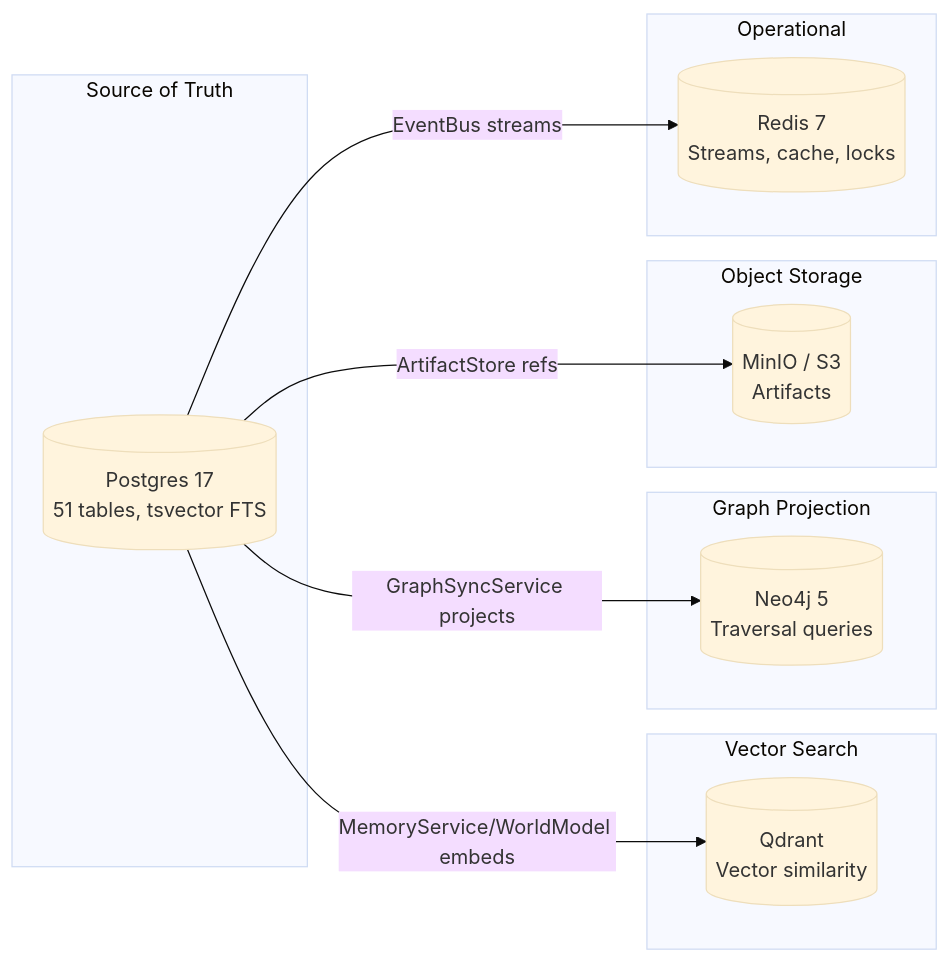
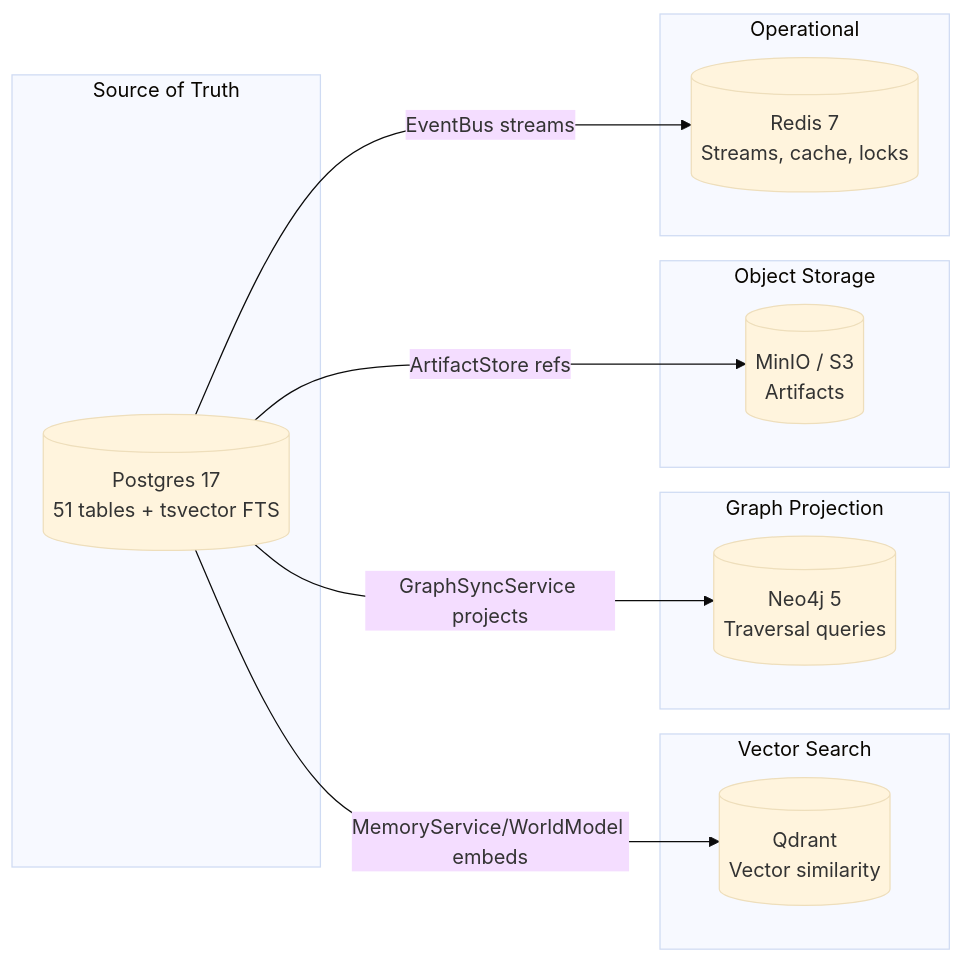
Before and after one commit to shivadharmi/muldro: the second of 2 diagrams in docs/architecture/data-model.md, drawn with Mermaid (base theme). The commit also changed other lines of this file and 11 other files, not shown here.

First line of the commit message:
docs: update all architecture docs and README for post-15-spec redesign

````diff
--- a/docs/architecture/data-model.md
+++ b/docs/architecture/data-model.md
@@ -275,27 +278,27 @@
 ```mermaid
 graph LR
     subgraph "Source of Truth"
-        PG[(Postgres 17<br/>51 tables, tsvector FTS)]
+        PG[(Postgres 17<br/>51 tables + tsvector FTS)]
     end
 
     subgraph "Vector Search"
         QD[(Qdrant<br/>Vector similarity)]
     end
 
     subgraph "Graph Projection"
         N4J[(Neo4j 5<br/>Traversal queries)]
     end
 
     subgraph "Object Storage"
         S3[(MinIO / S3<br/>Artifacts)]
     end
 
     subgraph "Operational"
         RD[(Redis 7<br/>Streams, cache, locks)]
     end
 
     PG -->|MemoryService/WorldModel embeds| QD
     PG -->|GraphSyncService projects| N4J
     PG -->|ArtifactStore refs| S3
     PG -->|EventBus streams| RD
 ```
````
